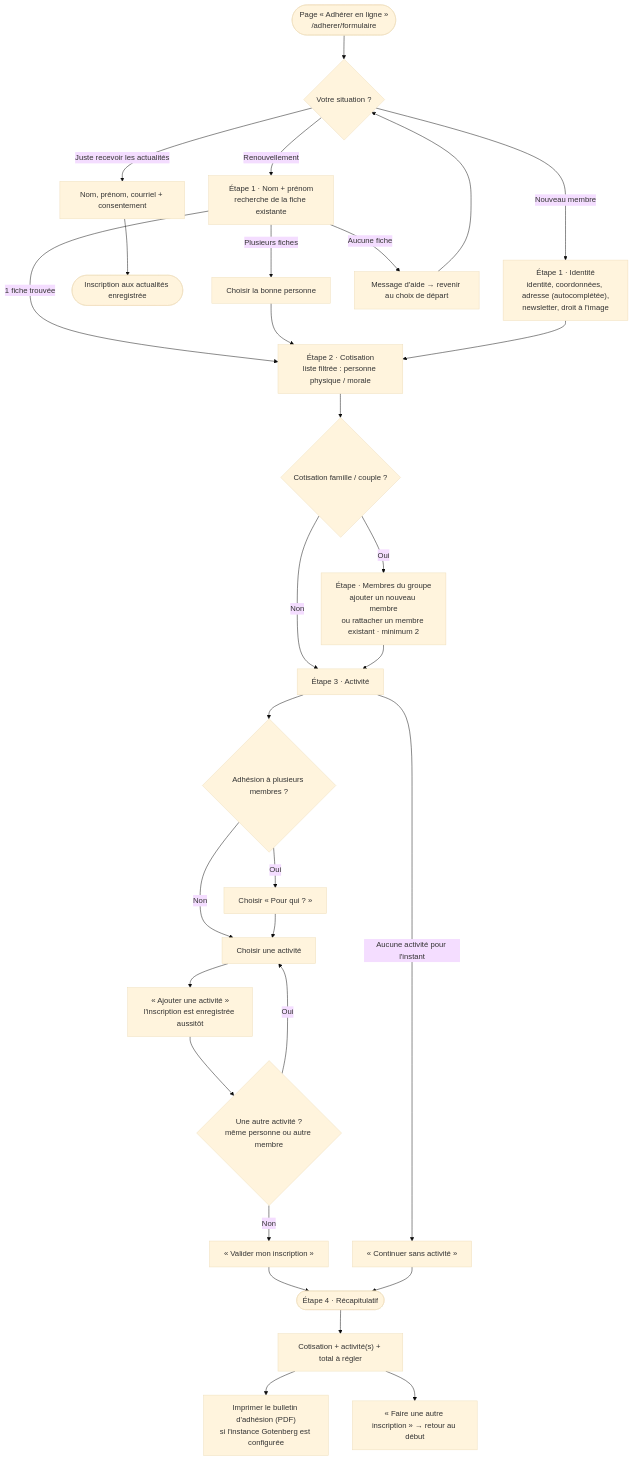
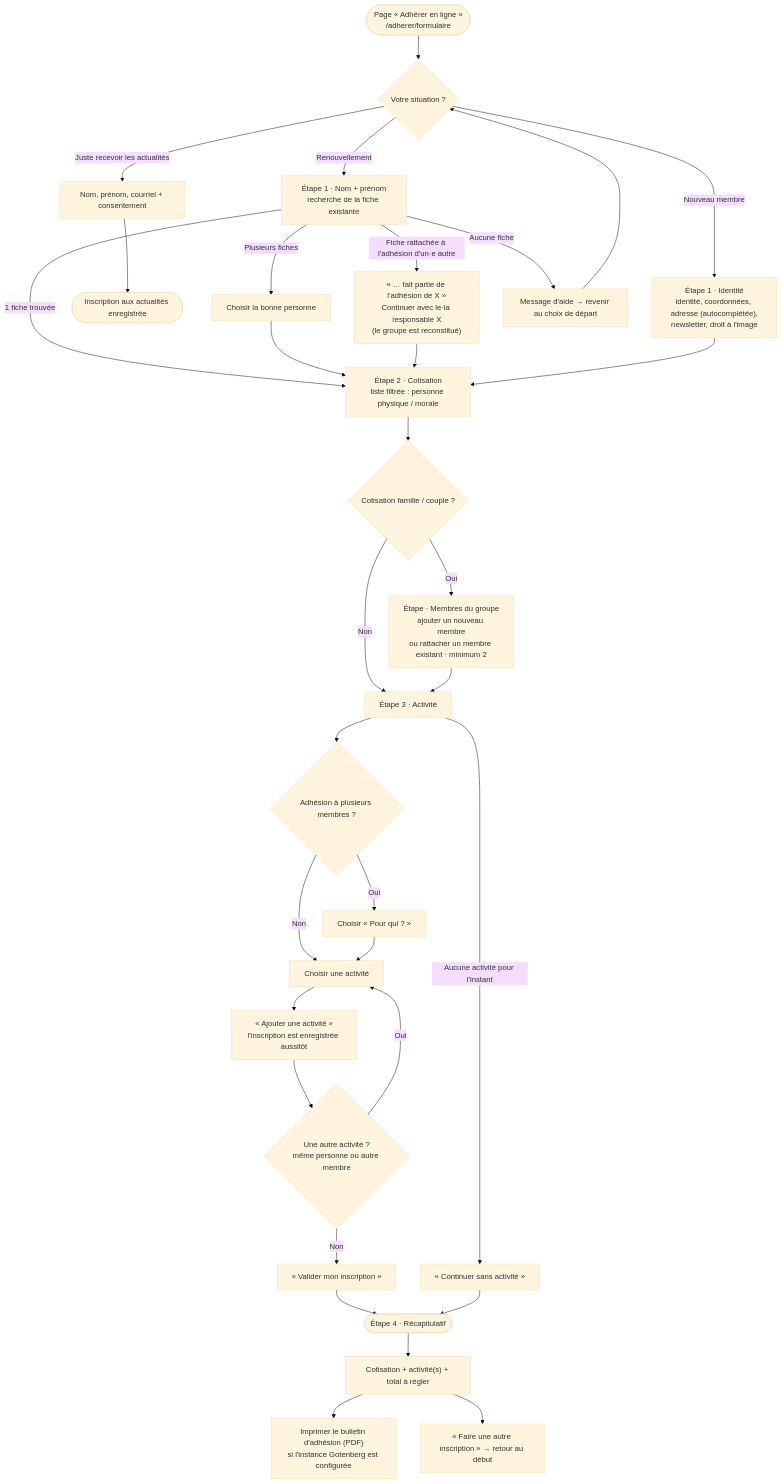
One commit to Numerik-Co/numerik2026 changed the diagram in docs/adhesion-parcours.md. Above: the diagram before and after it, drawn with Mermaid (base theme). The commit also changed other lines of this file and 5 other files, not shown here.

First line of the commit message:
Adhésion : renouvellement d'un membre rattaché → bascule vers le·la responsable

````diff
--- a/docs/adhesion-parcours.md
+++ b/docs/adhesion-parcours.md
@@ -16,36 +16,37 @@
 ```mermaid
 flowchart TD
     A(["Page « Adhérer en ligne »<br/>/adherer/formulaire"]) --> B{"Votre situation ?"}
 
     B -->|"Nouveau membre"| C["Étape 1 · Identité<br/>identité, coordonnées, adresse (autocomplétée),<br/>newsletter, droit à l'image"]
     B -->|"Renouvellement"| D["Étape 1 · Nom + prénom<br/>recherche de la fiche existante"]
     B -->|"Juste recevoir les actualités"| E["Nom, prénom, courriel + consentement"]
     E --> Efin(["Inscription aux actualités enregistrée"])
 
     D -->|"1 fiche trouvée"| G
     D -->|"Plusieurs fiches"| D1["Choisir la bonne personne"] --> G
+    D -->|"Fiche rattachée à l'adhésion d'un·e autre"| D3["« … fait partie de l'adhésion de X »<br/>Continuer avec le·la responsable X<br/>(le groupe est reconstitué)"] --> G
     D -->|"Aucune fiche"| D2["Message d'aide → revenir au choix de départ"] --> B
 
     C --> G["Étape 2 · Cotisation<br/>liste filtrée : personne physique / morale"]
     G --> H{"Cotisation famille / couple ?"}
 
     H -->|"Oui"| I["Étape · Membres du groupe<br/>ajouter un nouveau membre<br/>ou rattacher un membre existant · minimum 2"]
     H -->|"Non"| J
     I --> J["Étape 3 · Activité"]
 
     J --> K{"Adhésion à plusieurs membres ?"}
     K -->|"Oui"| L["Choisir « Pour qui ? »"]
     K -->|"Non"| M["Choisir une activité"]
     L --> M
     M --> N["« Ajouter une activité »<br/>l'inscription est enregistrée aussitôt"]
     N --> O{"Une autre activité ?<br/>même personne ou autre membre"}
     O -->|"Oui"| M
     O -->|"Non"| P["« Valider mon inscription »"]
     J -->|"Aucune activité pour l'instant"| Q["« Continuer sans activité »"]
 
     P --> R
     Q --> R(["Étape 4 · Récapitulatif"])
     R --> S["Cotisation + activité(s) + total à régler"]
     S --> T["Imprimer le bulletin d'adhésion (PDF)<br/>si l'instance Gotenberg est configurée"]
     S --> U["« Faire une autre inscription » → retour au début"]
 ```
````
